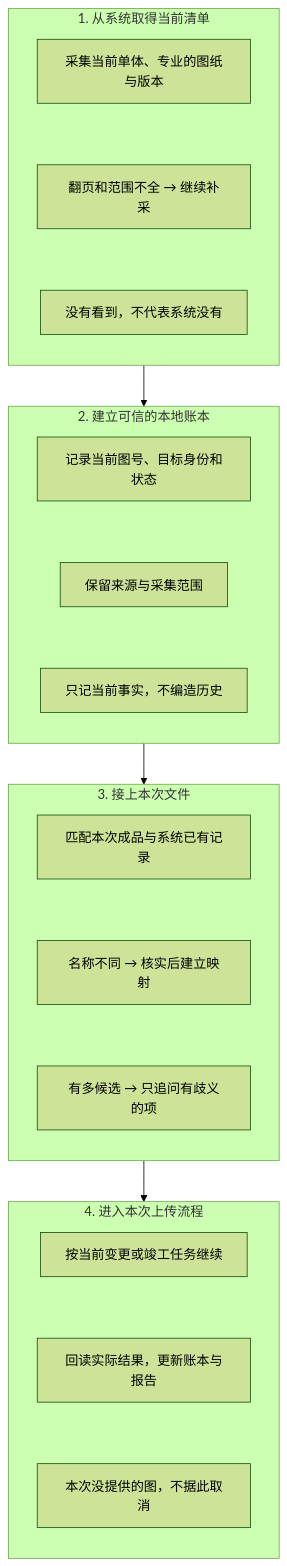
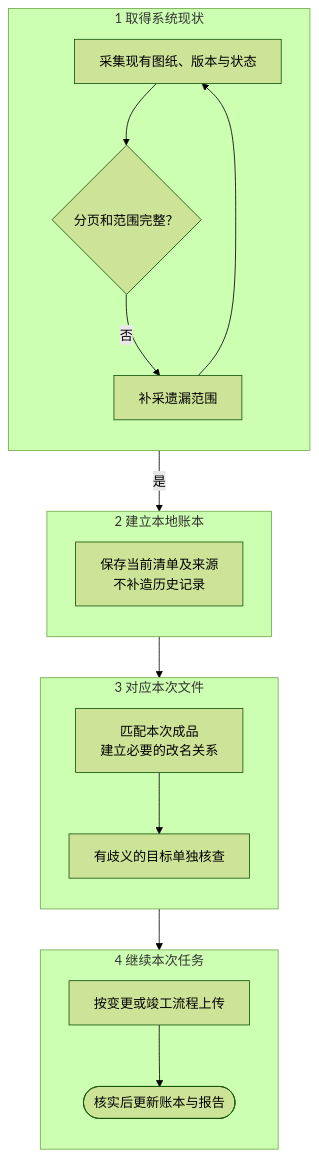
Before and after one commit to Zazia/blueprint-batch-upload: the diagram in docs/upload-guide/sources/03-handover.mmd, drawn with Mermaid (forest theme). The commit also changed 51 other files, not shown here.

Commit message:
Refocus article on Guangzhou designers and restore grouped flowcharts

```diff
--- a/docs/upload-guide/sources/03-handover.mmd
+++ b/docs/upload-guide/sources/03-handover.mmd
@@ -1,32 +1,29 @@
 flowchart TD
-  subgraph S0["1. 从系统取得当前清单"]
+  subgraph S0["1 取得系统现状"]
     direction TB
-    N00["采集当前单体、专业的图纸与版本"]
-    N01["翻页和范围不全 → 继续补采"]
-    N02["没有看到，不代表系统没有"]
-    N00 ~~~ N01 ~~~ N02
+    a["采集现有图纸、版本与状态"]
+    b{"分页和范围完整？"}
+    c["补采遗漏范围"]
   end
-  subgraph S1["2. 建立可信的本地账本"]
+  subgraph S1["2 建立本地账本"]
     direction TB
-    N10["记录当前图号、目标身份和状态"]
-    N11["保留来源与采集范围"]
-    N12["只记当前事实，不编造历史"]
-    N10 ~~~ N11 ~~~ N12
+    d["保存当前清单及来源<br/>不补造历史记录"]
   end
-  S0 --> S1
-  subgraph S2["3. 接上本次文件"]
+  subgraph S2["3 对应本次文件"]
     direction TB
-    N20["匹配本次成品与系统已有记录"]
-    N21["名称不同 → 核实后建立映射"]
-    N22["有多候选 → 只追问有歧义的项"]
-    N20 ~~~ N21 ~~~ N22
+    e["匹配本次成品<br/>建立必要的改名关系"]
+    f["有歧义的目标单独核查"]
   end
-  S1 --> S2
-  subgraph S3["4. 进入本次上传流程"]
+  subgraph S3["4 继续本次任务"]
     direction TB
-    N30["按当前变更或竣工任务继续"]
-    N31["回读实际结果，更新账本与报告"]
-    N32["本次没提供的图，不据此取消"]
-    N30 ~~~ N31 ~~~ N32
+    g["按变更或竣工流程上传"]
+    h(["核实后更新账本与报告"])
   end
-  S2 --> S3
+  a --> b
+  b -->|否| c
+  c --> a
+  b -->|是| d
+  d --> e
+  e --> f
+  f --> g
+  g --> h
```
